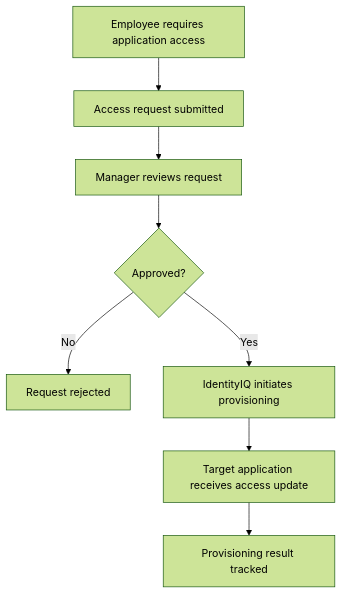
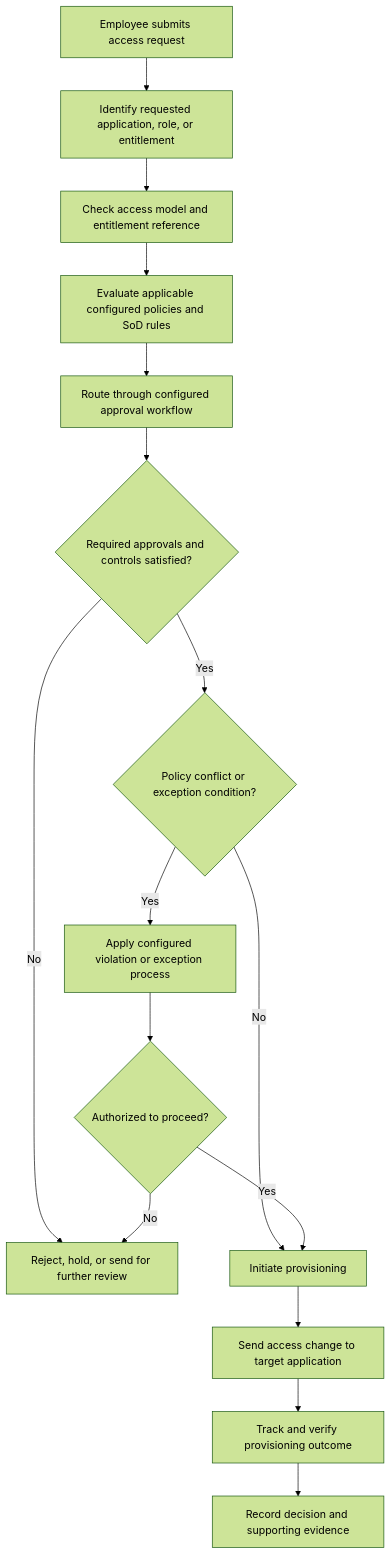
Before and after one commit to Alisha-chaudhary/SailPoint-IdentityIQ-Learning: the first of 2 diagrams in 01-Introduction-to-IdentityIQ.md, drawn with Mermaid (forest theme). The commit also changed other lines of this file, not shown here.

````diff
--- a/01-Introduction-to-IdentityIQ.md
+++ b/01-Introduction-to-IdentityIQ.md
@@ -143,10 +484,18 @@
-```mermaid
+``` mermaid
 flowchart TD
-    A["Employee requires application access"] --> B["Access request submitted"]
-    B --> C["Manager reviews request"]
-    C --> D{"Approved?"}
-    D -->|No| E["Request rejected"]
-    D -->|Yes| F["IdentityIQ initiates provisioning"]
-    F --> G["Target application receives access update"]
-    G --> H["Provisioning result tracked"]
+    A["Employee submits access request"] --> B["Identify requested application, role, or entitlement"]
+    B --> C["Check access model and entitlement reference"]
+    C --> D["Evaluate applicable configured policies and SoD rules"]
+    D --> E["Route through configured approval workflow"]
+    E --> F{"Required approvals and controls satisfied?"}
+    F -->|No| G["Reject, hold, or send for further review"]
+    F -->|Yes| H{"Policy conflict or exception condition?"}
+    H -->|No| I["Initiate provisioning"]
+    H -->|Yes| J["Apply configured violation or exception process"]
+    J --> K{"Authorized to proceed?"}
+    K -->|No| G
+    K -->|Yes| I
+    I --> L["Send access change to target application"]
+    L --> M["Track and verify provisioning outcome"]
+    M --> N["Record decision and supporting evidence"]
 ```
````
